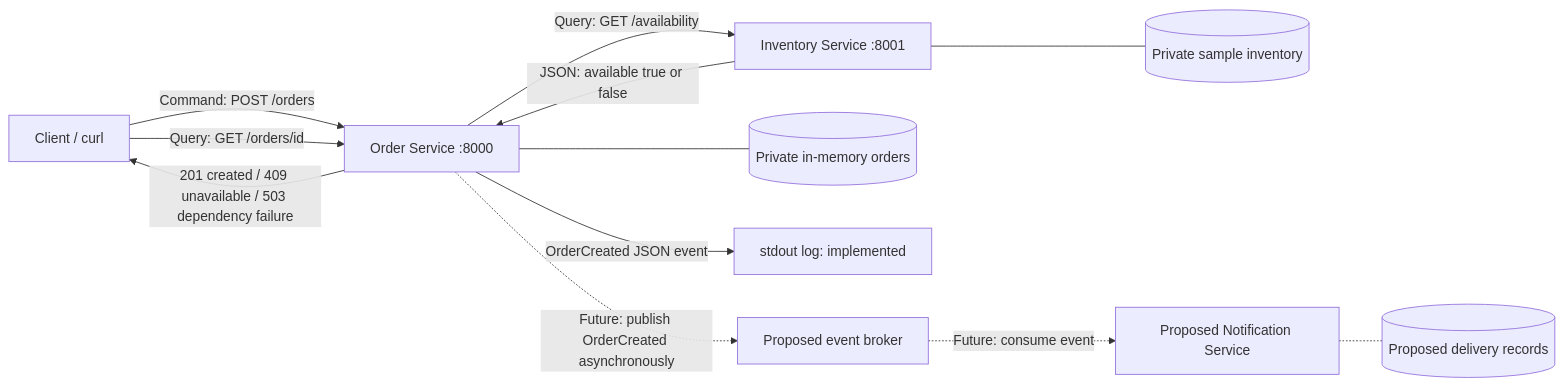
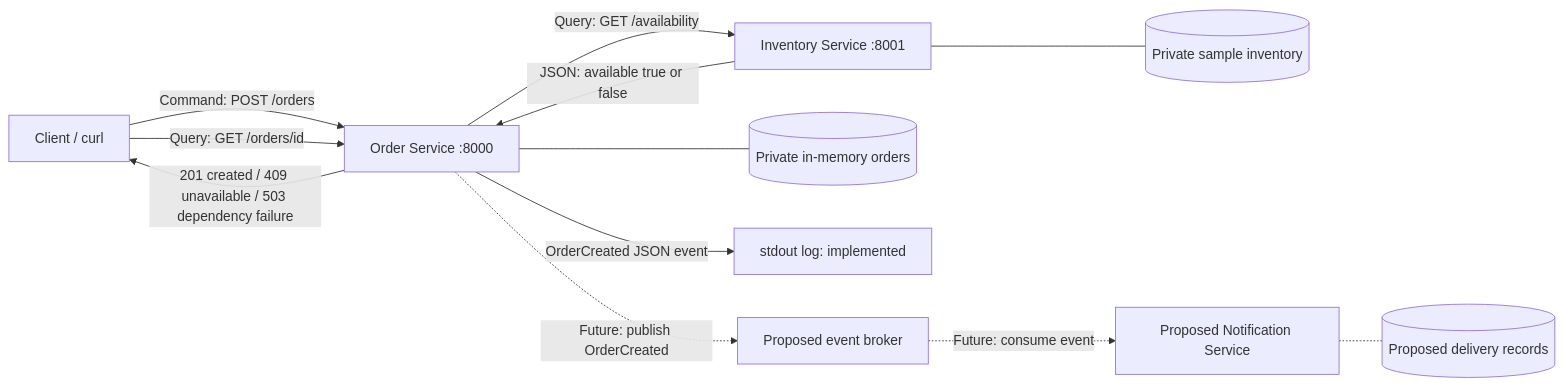
The diagram in README.md (ynguyen0/cmpe-273-mod-4), drawn with Mermaid before and after one commit. The commit also changed other lines of this file and 4 other files, not shown here.

````diff
--- a/README.md
+++ b/README.md
@@ -7,14 +7,14 @@
 ```mermaid
 flowchart LR
     C[Client / curl] -->|Command: POST /orders| O[Order Service :8000]
     O -->|Query: GET /availability| I[Inventory Service :8001]
     I -->|JSON: available true or false| O
     O -->|201 created / 409 unavailable / 503 dependency failure| C
     C -->|Query: GET /orders/id| O
     O --- OD[(Private in-memory orders)]
     I --- ID[(Private sample inventory)]
     O -->|OrderCreated JSON event| L[stdout log: implemented]
-    O -.->|Future: publish OrderCreated asynchronously| B[Proposed event broker]
+    O -.->|Future: publish OrderCreated| B[Proposed event broker]
     B -.->|Future: consume event| N[Proposed Notification Service]
     N -.- ND[(Proposed delivery records)]
 ```
````
